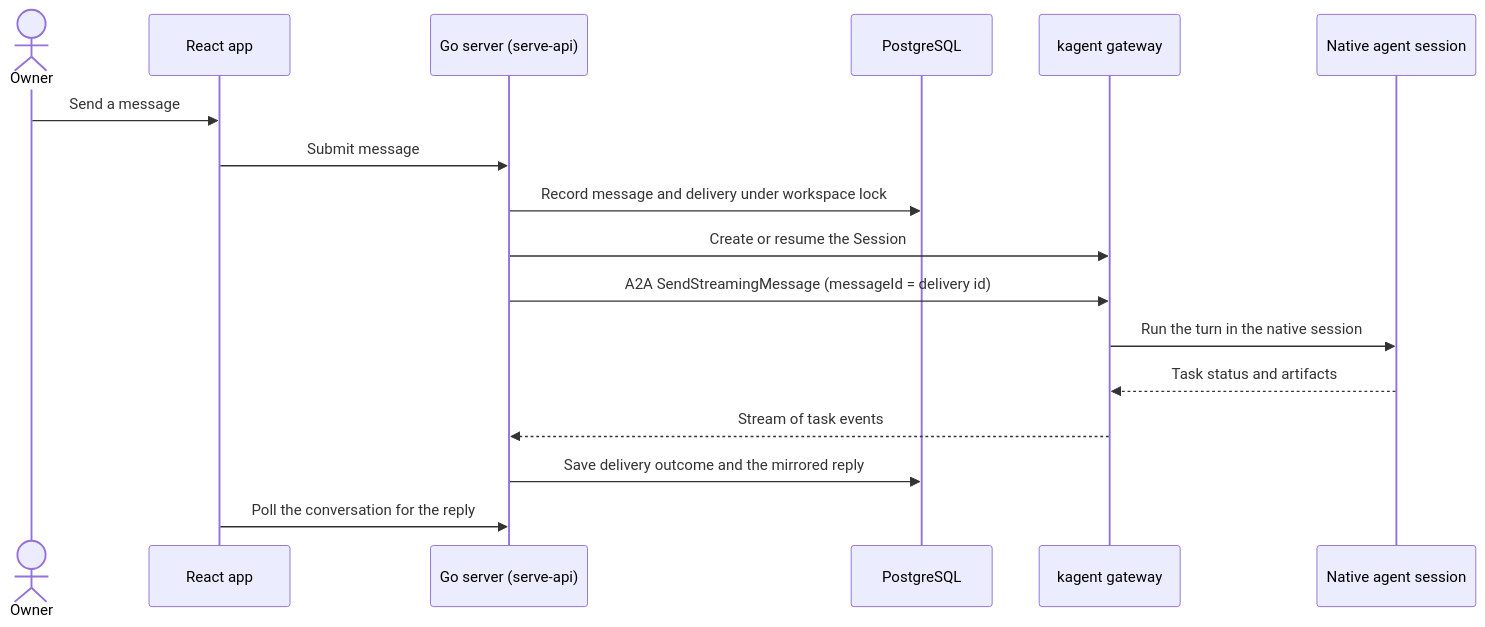
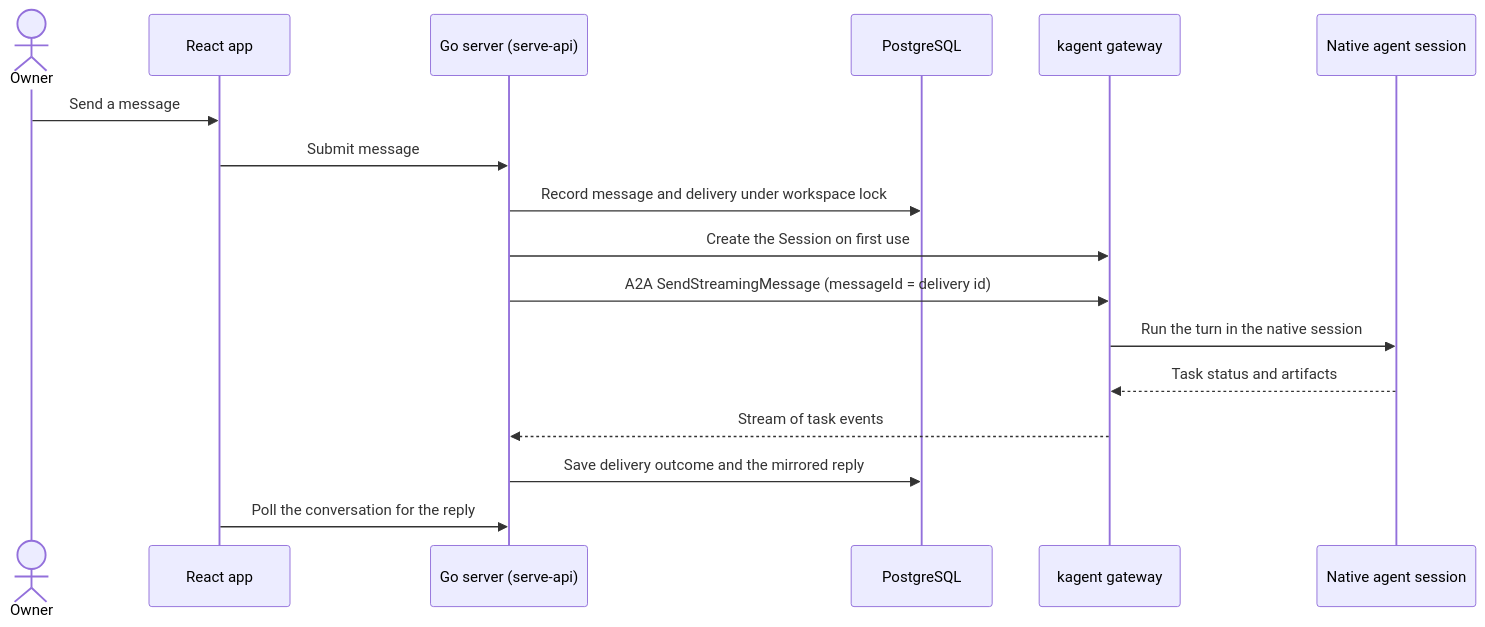
Before and after one commit to oldsj/mainloop: the third of 4 diagrams in docs/architecture.md, drawn with Mermaid. The commit also changed other lines of this file and 7 other files, not shown here.

Commit message:
WIP: specs and architecture for kagent sleeping and waking Sessions itself

````diff
--- a/docs/architecture.md
+++ b/docs/architecture.md
@@ -74,20 +70,20 @@
 ```mermaid
 sequenceDiagram
   actor Owner
   participant UI as React app
   participant Mainloop as Go server (serve-api)
   participant DB as PostgreSQL
   participant Kagent as kagent gateway
   participant Agent as Native agent session
 
   Owner->>UI: Send a message
   UI->>Mainloop: Submit message
   Mainloop->>DB: Record message and delivery under workspace lock
-  Mainloop->>Kagent: Create or resume the Session
+  Mainloop->>Kagent: Create the Session on first use
   Mainloop->>Kagent: A2A SendStreamingMessage (messageId = delivery id)
   Kagent->>Agent: Run the turn in the native session
   Agent-->>Kagent: Task status and artifacts
   Kagent-->>Mainloop: Stream of task events
   Mainloop->>DB: Save delivery outcome and the mirrored reply
   UI->>Mainloop: Poll the conversation for the reply
 ```
````
